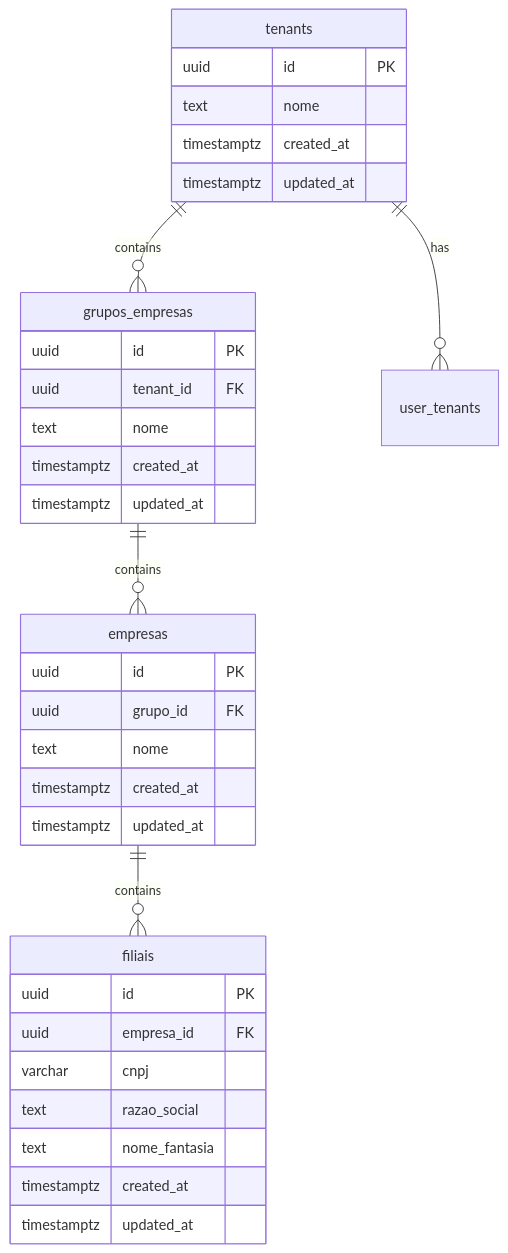
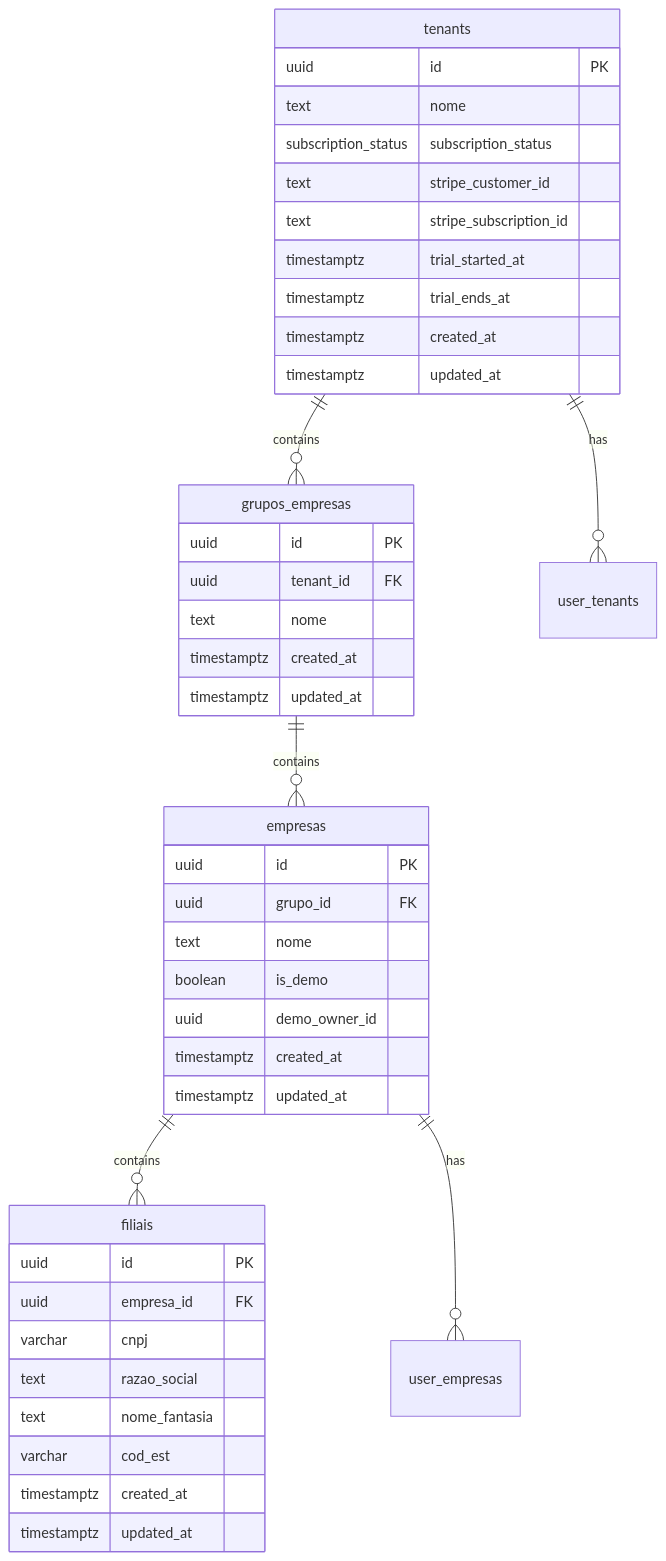
Before and after one commit to ClaudioSBezerra/fbapp_rt: the first of 5 diagrams in docs/DATA-MODEL.md, drawn with Mermaid. The commit also changed other lines of this file and 1 other file, not shown here.

````diff
--- a/docs/DATA-MODEL.md
+++ b/docs/DATA-MODEL.md
@@ -904,40 +1185,49 @@
 ```mermaid
 erDiagram
     tenants ||--o{ grupos_empresas : contains
     tenants ||--o{ user_tenants : has
     grupos_empresas ||--o{ empresas : contains
     empresas ||--o{ filiais : contains
+    empresas ||--o{ user_empresas : has
     
     tenants {
         uuid id PK
         text nome
+        subscription_status subscription_status
+        text stripe_customer_id
+        text stripe_subscription_id
+        timestamptz trial_started_at
+        timestamptz trial_ends_at
         timestamptz created_at
         timestamptz updated_at
     }
     
     grupos_empresas {
         uuid id PK
         uuid tenant_id FK
         text nome
         timestamptz created_at
         timestamptz updated_at
     }
     
     empresas {
         uuid id PK
         uuid grupo_id FK
         text nome
+        boolean is_demo
+        uuid demo_owner_id
         timestamptz created_at
         timestamptz updated_at
     }
     
     filiais {
         uuid id PK
         uuid empresa_id FK
         varchar cnpj
         text razao_social
         text nome_fantasia
+        varchar cod_est
         timestamptz created_at
         timestamptz updated_at
     }
 ```
````
